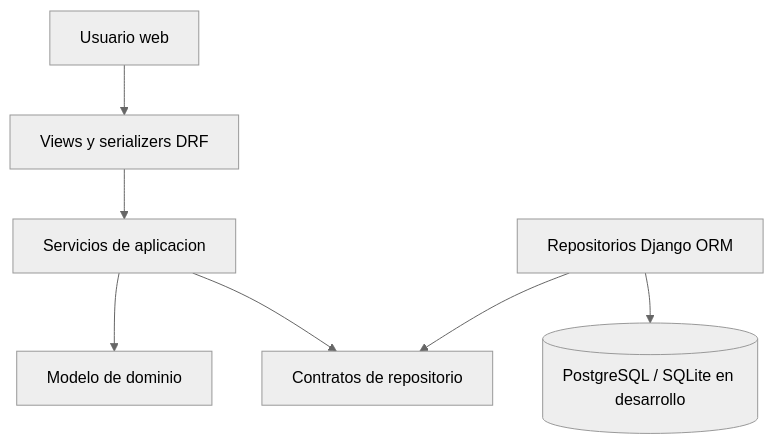
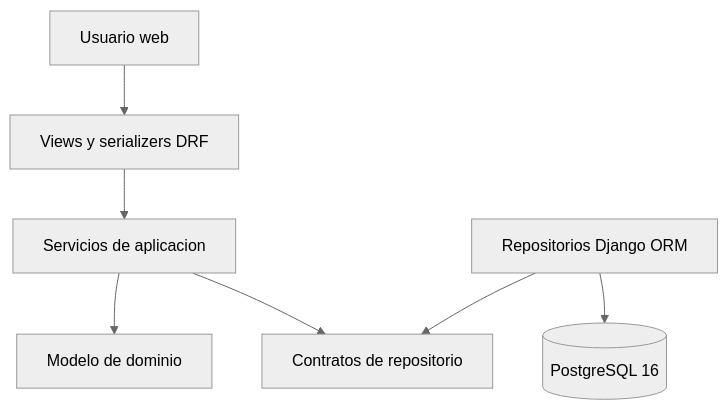
Before and after one commit to javierRock/SoftwareTextil: the first of 3 diagrams in docs/arquitectura.md, drawn with Mermaid (neutral theme). The commit also changed other lines of this file and 81 other files, not shown here.

First line of the commit message:
feat: rediseñar el esquema de base de datos sobre PostgreSQL

````diff
--- a/docs/arquitectura.md
+++ b/docs/arquitectura.md
@@ -31,9 +31,9 @@
 ```mermaid
 flowchart TD
     Usuario["Usuario web"] --> Controllers["Views y serializers DRF"]
     Controllers --> Services["Servicios de aplicacion"]
     Services --> Domain["Modelo de dominio"]
     Services --> Ports["Contratos de repositorio"]
     Repositories["Repositorios Django ORM"] --> Ports
-    Repositories --> DB[("PostgreSQL / SQLite en desarrollo")]
+    Repositories --> DB[("PostgreSQL 16")]
 ```
````
